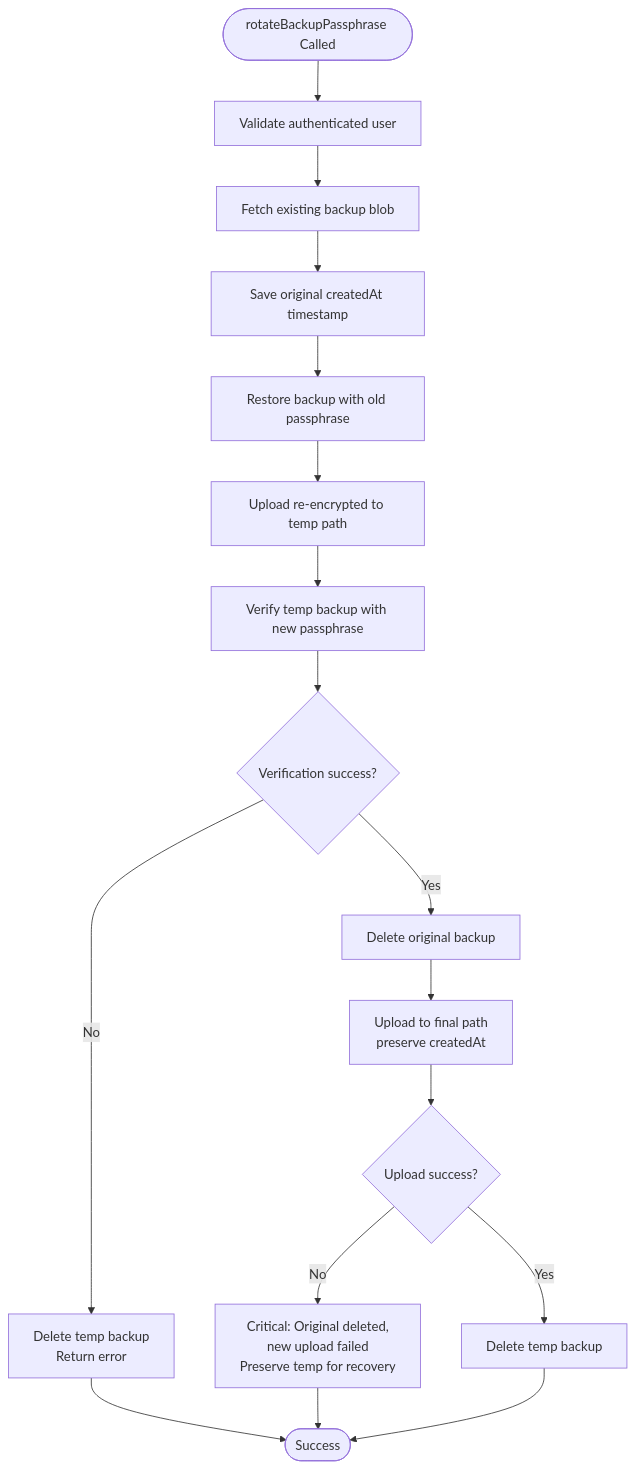
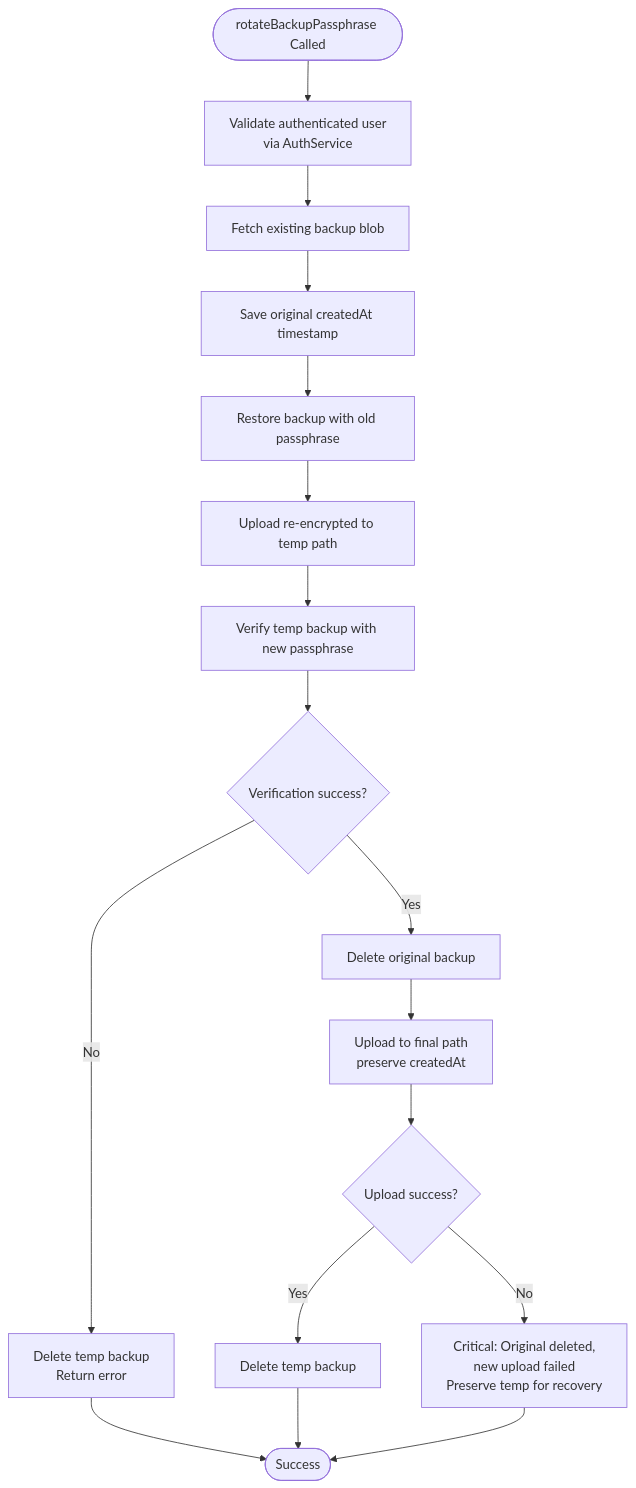
Before and after one commit to JAaron93/StyleSync: the fifth of 13 diagrams in .qoder/repowiki/en/content/Core Services/BYOK Manager/Cloud Backup Integration.md, drawn with Mermaid. The commit also changed other lines of this file and 36 other files, not shown here.

````diff
--- a/.qoder/repowiki/en/content/Core Services/BYOK Manager/Cloud Backup Integration.md
+++ b/.qoder/repowiki/en/content/Core Services/BYOK Manager/Cloud Backup Integration.md
@@ -178,19 +207,19 @@
 ```mermaid
 flowchart TD
-Start([rotateBackupPassphrase Called]) --> ValidateUser["Validate authenticated user"]
+Start([rotateBackupPassphrase Called]) --> ValidateUser["Validate authenticated user<br/>via AuthService"]
 ValidateUser --> GetExisting["Fetch existing backup blob"]
 GetExisting --> SaveTimestamp["Save original createdAt timestamp"]
 SaveTimestamp --> RestoreOld["Restore backup with old passphrase"]
 RestoreOld --> UploadTemp["Upload re-encrypted to temp path"]
 UploadTemp --> VerifyTemp["Verify temp backup with new passphrase"]
 VerifyTemp --> VerifySuccess{"Verification success?"}
 VerifySuccess --> |No| CleanupTemp["Delete temp backup<br/>Return error"]
 VerifySuccess --> |Yes| DeleteOriginal["Delete original backup"]
 DeleteOriginal --> UploadFinal["Upload to final path<br/>preserve createdAt"]
 UploadFinal --> FinalSuccess{"Upload success?"}
 FinalSuccess --> |No| CriticalError["Critical: Original deleted,<br/>new upload failed<br/>Preserve temp for recovery"]
 FinalSuccess --> |Yes| CleanupTemp2["Delete temp backup"]
-CleanupTemp2 --> Success([Success])
-CleanupTemp --> Success
+CleanupTemp --> Success([Success])
+CleanupTemp2 --> Success
 CriticalError --> Success
 ```
````
